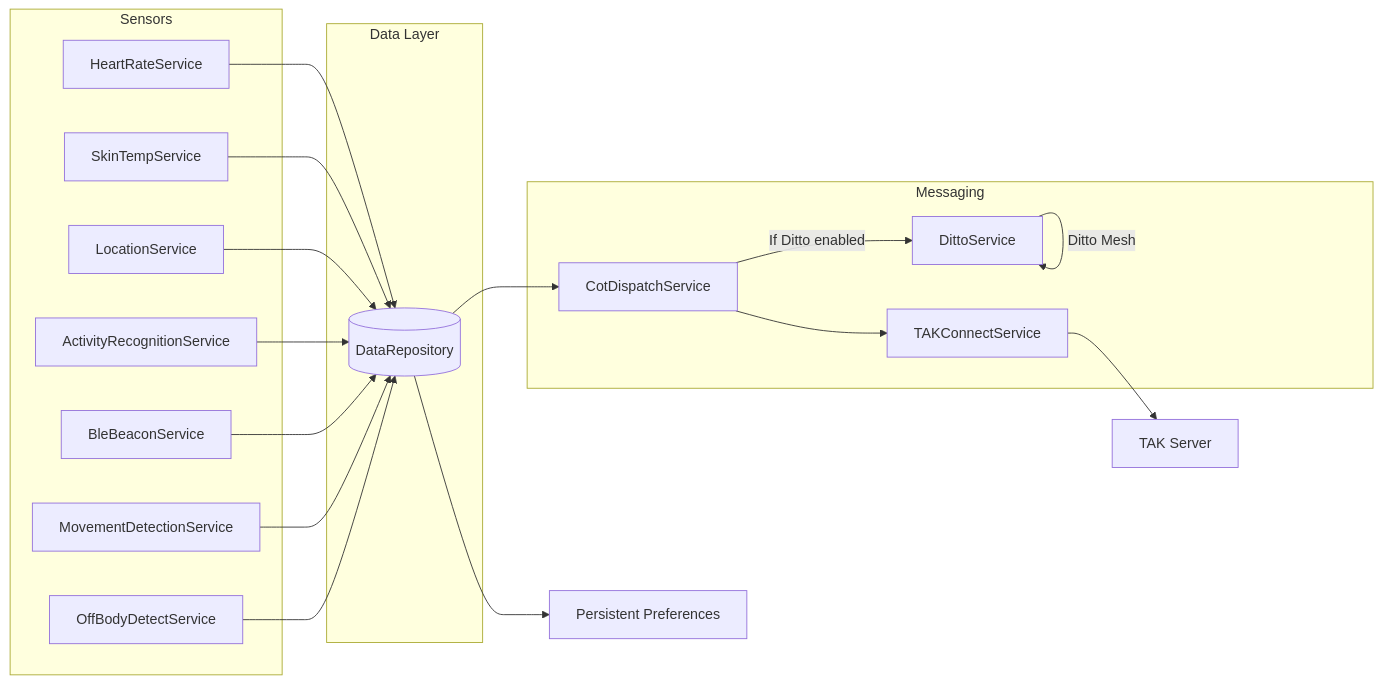
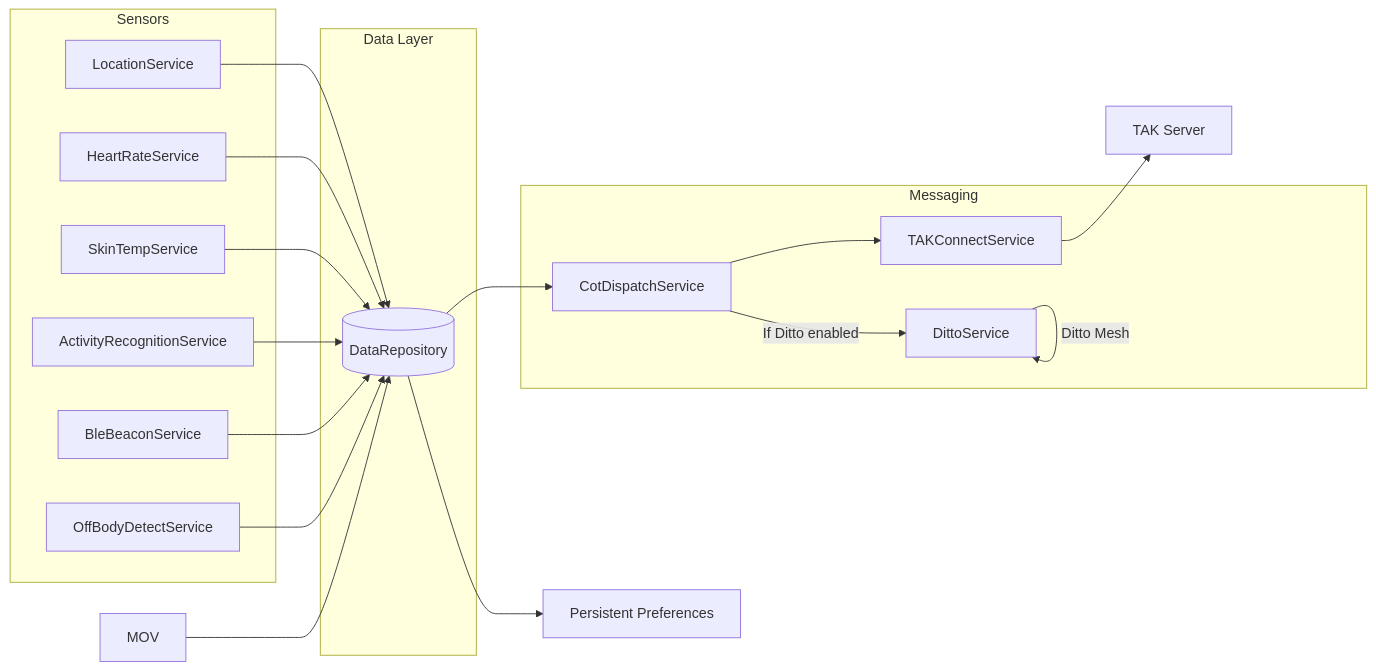
The diagram in README.md (Ascent-Integrated-Tech/wearos-tak-civ), drawn with Mermaid before and after one commit. The commit also changed other lines of this file and 17 other files, not shown here.

````diff
--- a/README.md
+++ b/README.md
@@ -51,39 +51,38 @@
 ```mermaid
 flowchart LR
     subgraph Sensors
         LOC[LocationService]
         HR[HeartRateService]
         ST[SkinTempService]
         AR[ActivityRecognitionService]
         BLE[BleBeaconService]
-        MOV[MovementDetectionService]
         OBD[OffBodyDetectService]
     end
 
     subgraph Data Layer
         DR[(DataRepository)]
     end
 
     subgraph Messaging
         COT[CotDispatchService]
         TAK[TAKConnectService]
         DIT[DittoService]
     end
 
     HR --> DR
     ST --> DR
     LOC --> DR
     AR --> DR
     BLE --> DR
     MOV --> DR
     OBD --> DR
 
     DR --> COT
     DR --> PREF[Persistent Preferences]
 
     COT --> TAK
     COT -->|If Ditto enabled| DIT
     DIT -->|Ditto Mesh| DIT
 
     TAK --> ATAK[TAK Server]
 ```
````
